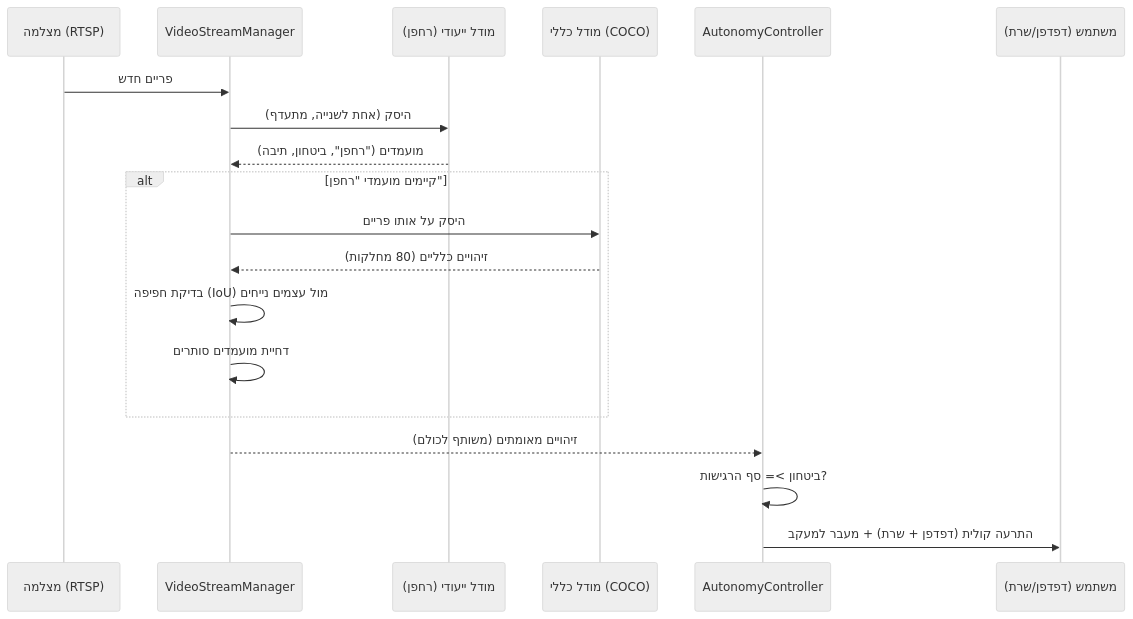
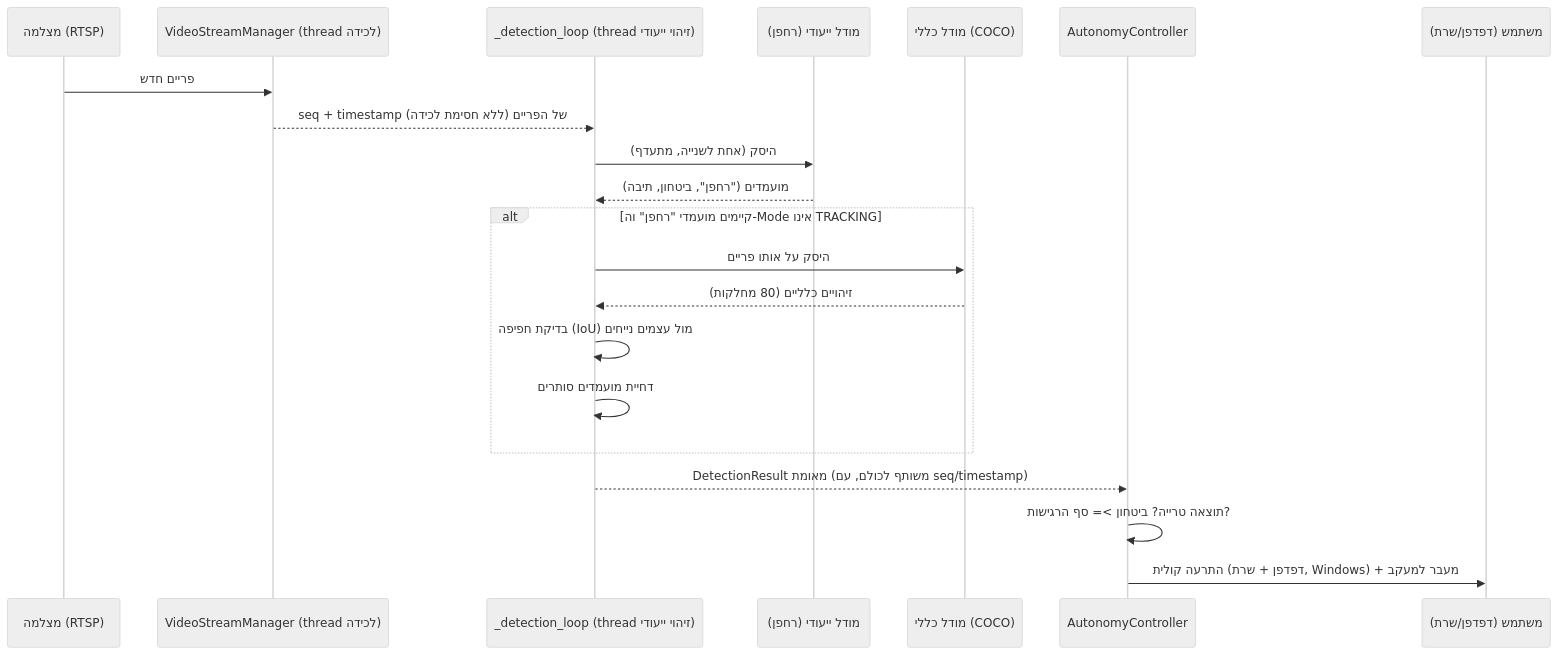
The fourth of 4 diagrams in README.md (aviayeli/avigilon-ptz-dashboard), drawn with Mermaid (neutral theme) before and after one commit. The commit also changed other lines of this file, not shown here.

First line of the commit message:
Update README to match the overhauled architecture

````diff
--- a/README.md
+++ b/README.md
@@ -308,22 +324,24 @@
 ```mermaid
 sequenceDiagram
     participant Cam as מצלמה (RTSP)
-    participant VS as VideoStreamManager
+    participant VS as VideoStreamManager (thread לכידה)
+    participant DL as _detection_loop (thread זיהוי ייעודי)
     participant D as מודל ייעודי (רחפן)
     participant G as מודל כללי (COCO)
     participant A as AutonomyController
     participant U as משתמש (דפדפן/שרת)
 
     Cam->>VS: פריים חדש
-    VS->>D: היסק (אחת לשנייה, מתעדף)
-    D-->>VS: מועמדים ("רחפן", ביטחון, תיבה)
-    alt קיימים מועמדי "רחפן"
-        VS->>G: היסק על אותו פריים
-        G-->>VS: זיהויים כלליים (80 מחלקות)
-        VS->>VS: בדיקת חפיפה (IoU) מול עצמים נייחים
-        VS->>VS: דחיית מועמדים סותרים
+    VS-->>DL: seq + timestamp של הפריים (ללא חסימת לכידה)
+    DL->>D: היסק (אחת לשנייה, מתעדף)
+    D-->>DL: מועמדים ("רחפן", ביטחון, תיבה)
+    alt קיימים מועמדי "רחפן" וה-Mode אינו TRACKING
+        DL->>G: היסק על אותו פריים
+        G-->>DL: זיהויים כלליים (80 מחלקות)
+        DL->>DL: בדיקת חפיפה (IoU) מול עצמים נייחים
+        DL->>DL: דחיית מועמדים סותרים
     end
-    VS-->>A: זיהויים מאומתים (משותף לכולם)
-    A->>A: ביטחון >= סף הרגישות?
-    A->>U: התרעה קולית (דפדפן + שרת) + מעבר למעקב
+    DL-->>A: DetectionResult מאומת (משותף לכולם, עם seq/timestamp)
+    A->>A: תוצאה טרייה? ביטחון >= סף הרגישות?
+    A->>U: התרעה קולית (דפדפן + שרת, Windows) + מעבר למעקב
 ```
````
